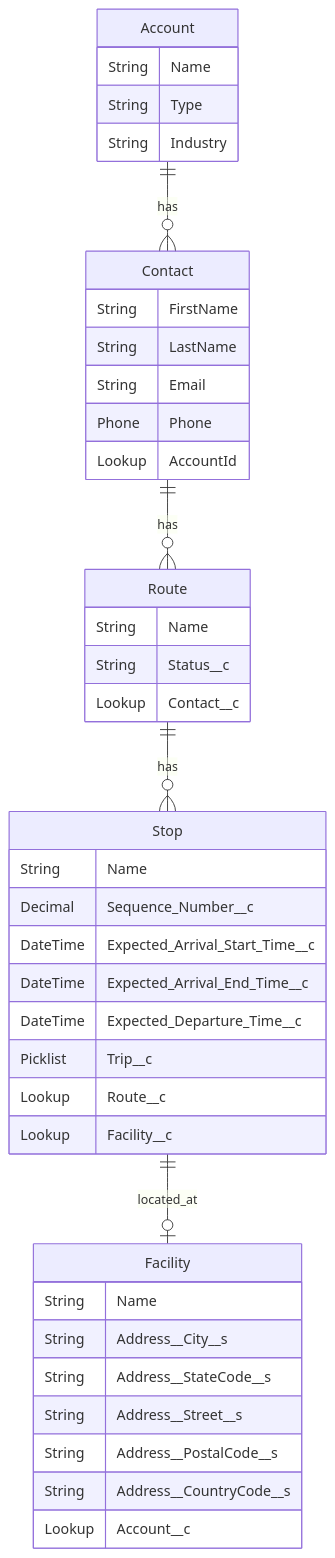
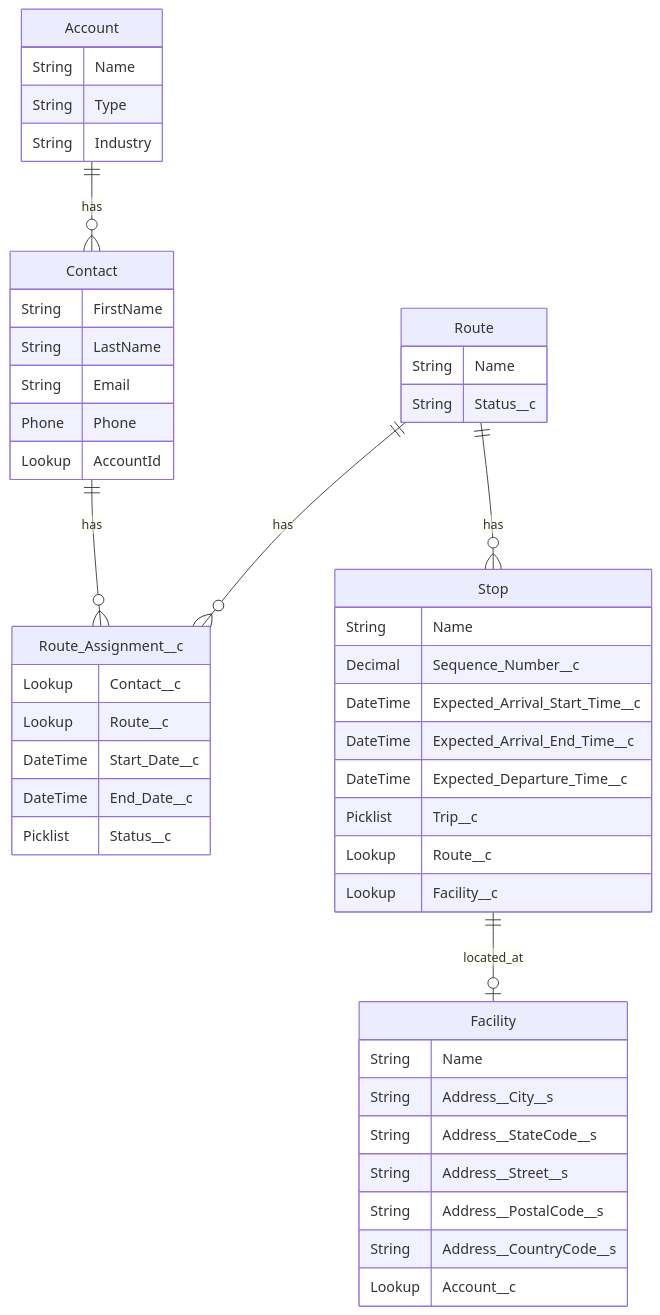
Before and after one commit to yurybond/voice-agent: the second of 2 diagrams in README.md, drawn with Mermaid.

Commit message:
Added many-to-many relationship between contact and route

````diff
--- a/README.md
+++ b/README.md
@@ -20,48 +20,56 @@
 ```mermaid
 erDiagram
     Account ||--o{ Contact : "has"
-    Contact ||--o{ Route : "has"
+    Contact ||--o{ Route_Assignment__c : "has"
+    Route ||--o{ Route_Assignment__c : "has"
     Route ||--o{ Stop : "has"
     Stop ||--o| Facility : "located_at"
 
     Account {
         String Name
         String Type
         String Industry
     }
 
     Contact {
         String FirstName
         String LastName
         String Email
         Phone Phone
         Lookup AccountId
     }
 
+    Route_Assignment__c {
+        Lookup Contact__c
+        Lookup Route__c
+        DateTime Start_Date__c
+        DateTime End_Date__c
+        Picklist Status__c
+    }
+
     Route {
         String Name
         String Status__c
-        Lookup Contact__c
     }
 
     Stop {
         String Name
         Decimal Sequence_Number__c
         DateTime Expected_Arrival_Start_Time__c
         DateTime Expected_Arrival_End_Time__c
         DateTime Expected_Departure_Time__c
         Picklist Trip__c
         Lookup Route__c
         Lookup Facility__c
     }
 
     Facility {
         String Name
         String Address__City__s
         String Address__StateCode__s
         String Address__Street__s
         String Address__PostalCode__s
         String Address__CountryCode__s
         Lookup Account__c
     }
 ```
````
